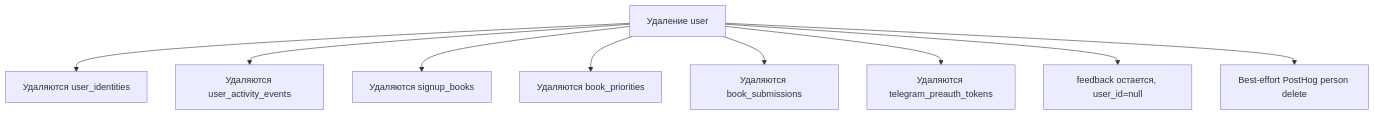
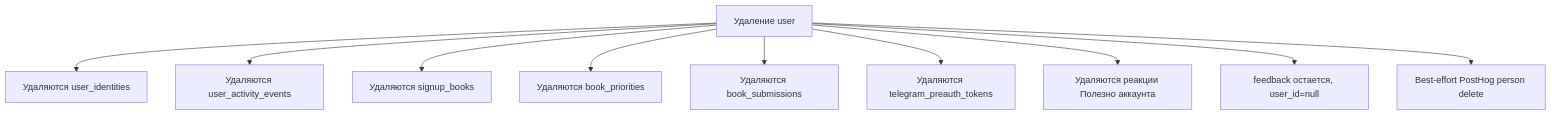
Before and after one commit to bon2362/book-club: the diagram in docs/wiki/Privacy-and-User-Data.md, drawn with Mermaid. The commit also changed other lines of this file and 32 other files, not shown here.

````diff
--- a/docs/wiki/Privacy-and-User-Data.md
+++ b/docs/wiki/Privacy-and-User-Data.md
@@ -35,11 +36,12 @@
 ```mermaid
 flowchart TD
     Delete["Удаление user"] --> Identities["Удаляются user_identities"]
     Delete --> Activity["Удаляются user_activity_events"]
     Delete --> Signups["Удаляются signup_books"]
     Delete --> Priorities["Удаляются book_priorities"]
     Delete --> Submissions["Удаляются book_submissions"]
     Delete --> Tokens["Удаляются telegram_preauth_tokens"]
+    Delete --> Helpful["Удаляются реакции Полезно аккаунта"]
     Delete --> Feedback["feedback остается, user_id=null"]
     Delete --> PostHog["Best-effort PostHog person delete"]
 ```
````
